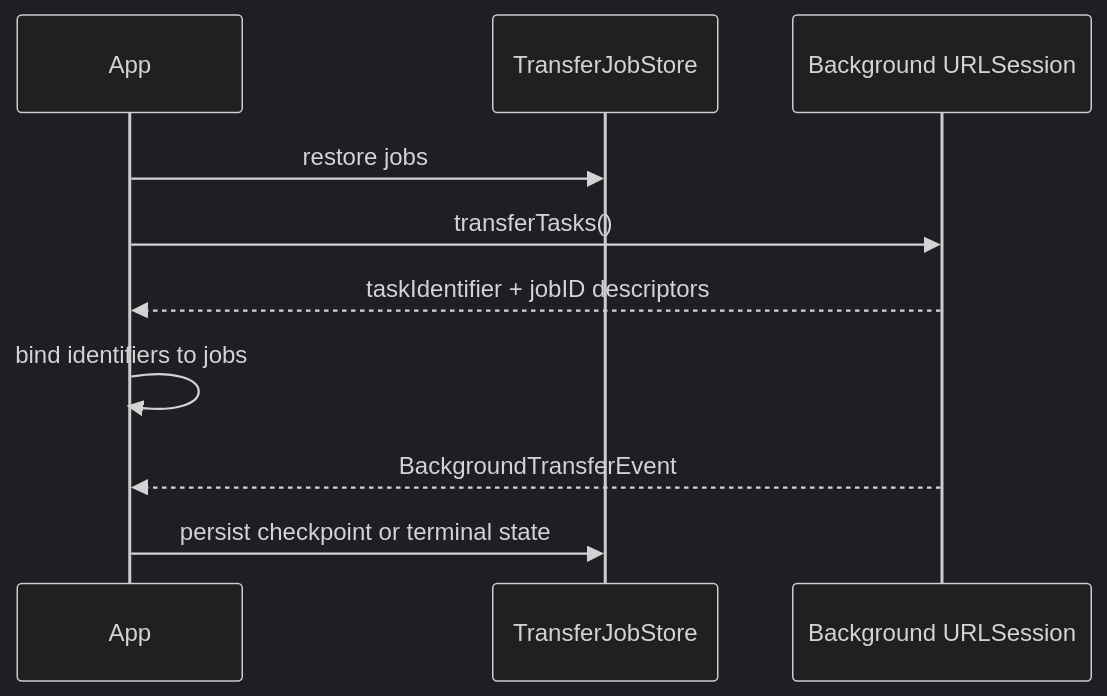
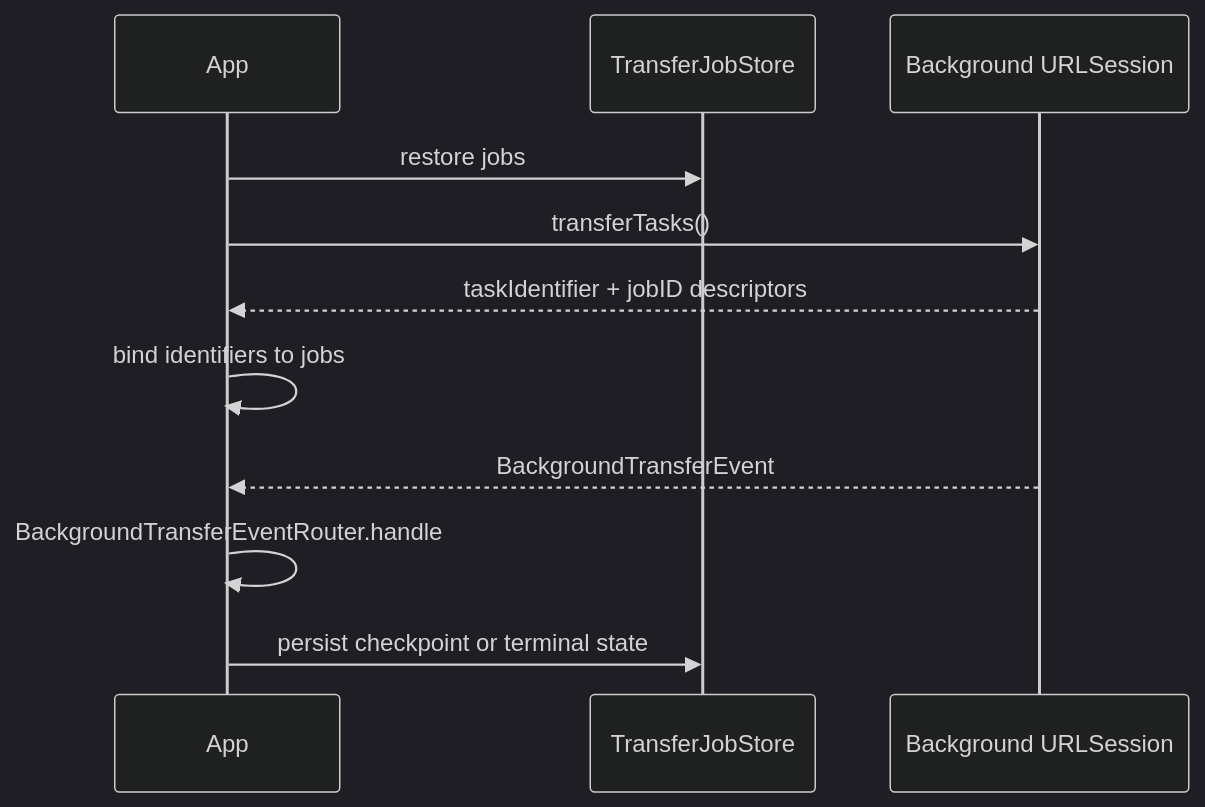
One commit to MikesHorcrux/AnotherFuckingNetworkingSDK changed the second of 2 diagrams in docs/background-transfers.md. Above: the diagram before and after it, drawn with Mermaid (dark theme). The commit also changed other lines of this file and 6 other files, not shown here.

Commit message:
Add actor-isolated background event routing

````diff
--- a/docs/background-transfers.md
+++ b/docs/background-transfers.md
@@ -82,12 +94,13 @@
 ```mermaid
 sequenceDiagram
     participant App
     participant Store as TransferJobStore
     participant Session as Background URLSession
     App->>Store: restore jobs
     App->>Session: transferTasks()
     Session-->>App: taskIdentifier + jobID descriptors
     App->>App: bind identifiers to jobs
     Session-->>App: BackgroundTransferEvent
+    App->>App: BackgroundTransferEventRouter.handle
     App->>Store: persist checkpoint or terminal state
 ```
````
